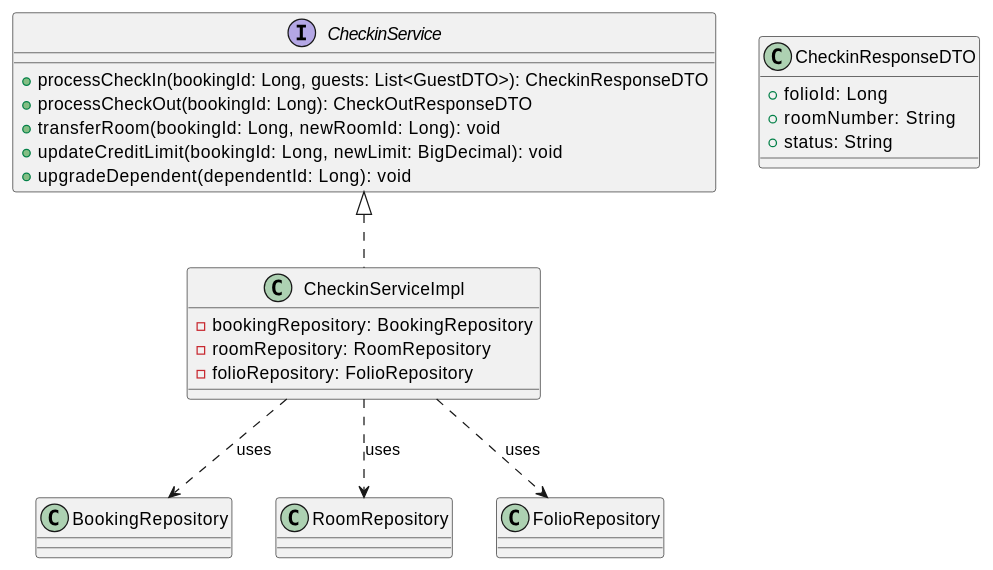
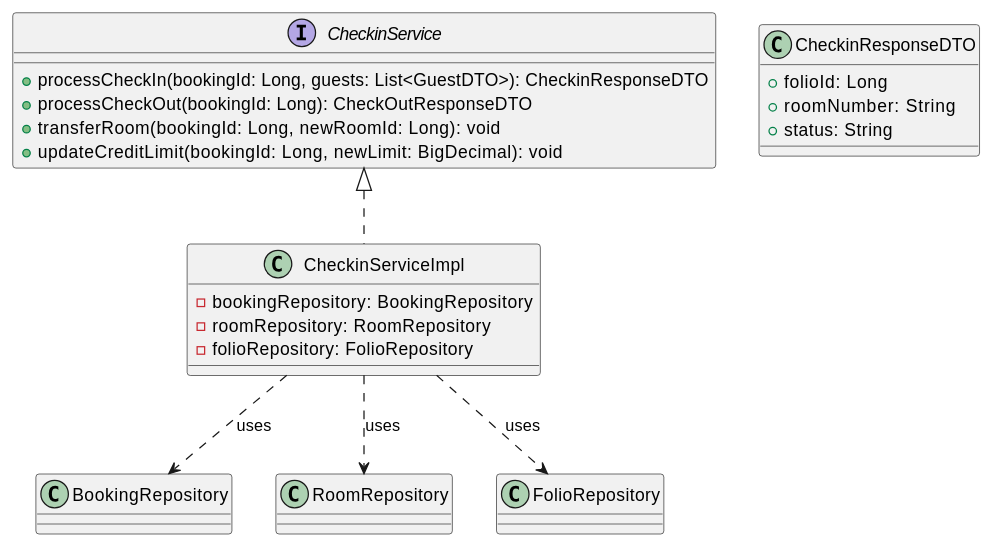
The first of 4 diagrams in 06-Testing/mod2_booking/uc12/EDS_UC12_SPEC.md (Luuxinhxinh/hoanien-resort), drawn with PlantUML before and after one commit. The commit also changed other lines of this file and 19 other files, not shown here.

````diff
--- a/06-Testing/mod2_booking/uc12/EDS_UC12_SPEC.md
+++ b/06-Testing/mod2_booking/uc12/EDS_UC12_SPEC.md
@@ -121,27 +121,27 @@
 ```plantuml
 @startuml
 interface CheckinService {
   +processCheckIn(bookingId: Long, guests: List<GuestDTO>): CheckinResponseDTO
   +processCheckOut(bookingId: Long): CheckOutResponseDTO
   +transferRoom(bookingId: Long, newRoomId: Long): void
   +updateCreditLimit(bookingId: Long, newLimit: BigDecimal): void
-  +upgradeDependent(dependentId: Long): void
+
 }
 
 class CheckinServiceImpl implements CheckinService {
   -bookingRepository: BookingRepository
   -roomRepository: RoomRepository
   -folioRepository: FolioRepository
 }
 
 class CheckinResponseDTO {
   +folioId: Long
   +roomNumber: String
   +status: String
 }
 
 CheckinServiceImpl ..> BookingRepository : uses
 CheckinServiceImpl ..> RoomRepository : uses
 CheckinServiceImpl ..> FolioRepository : uses
 @enduml
 ```
````
